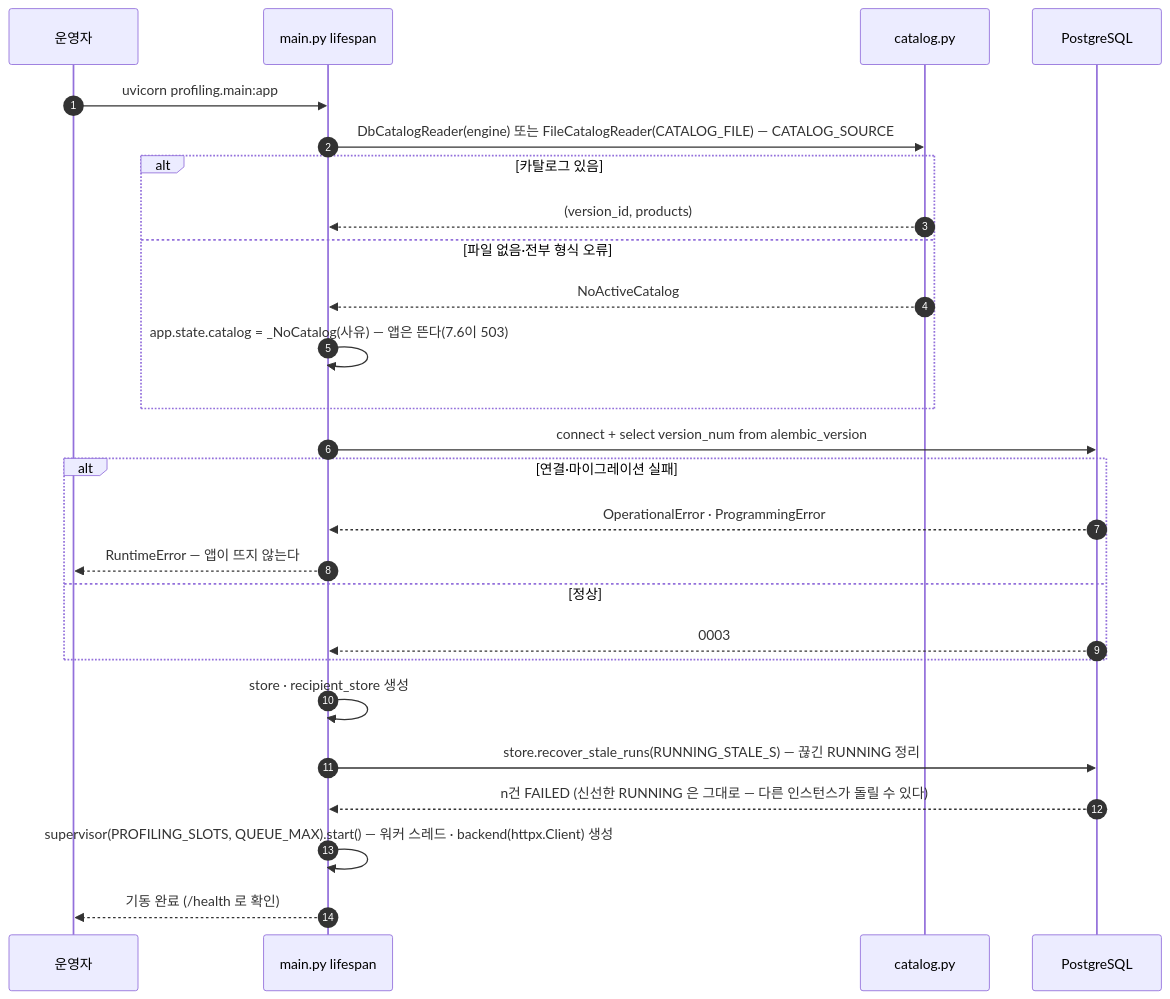
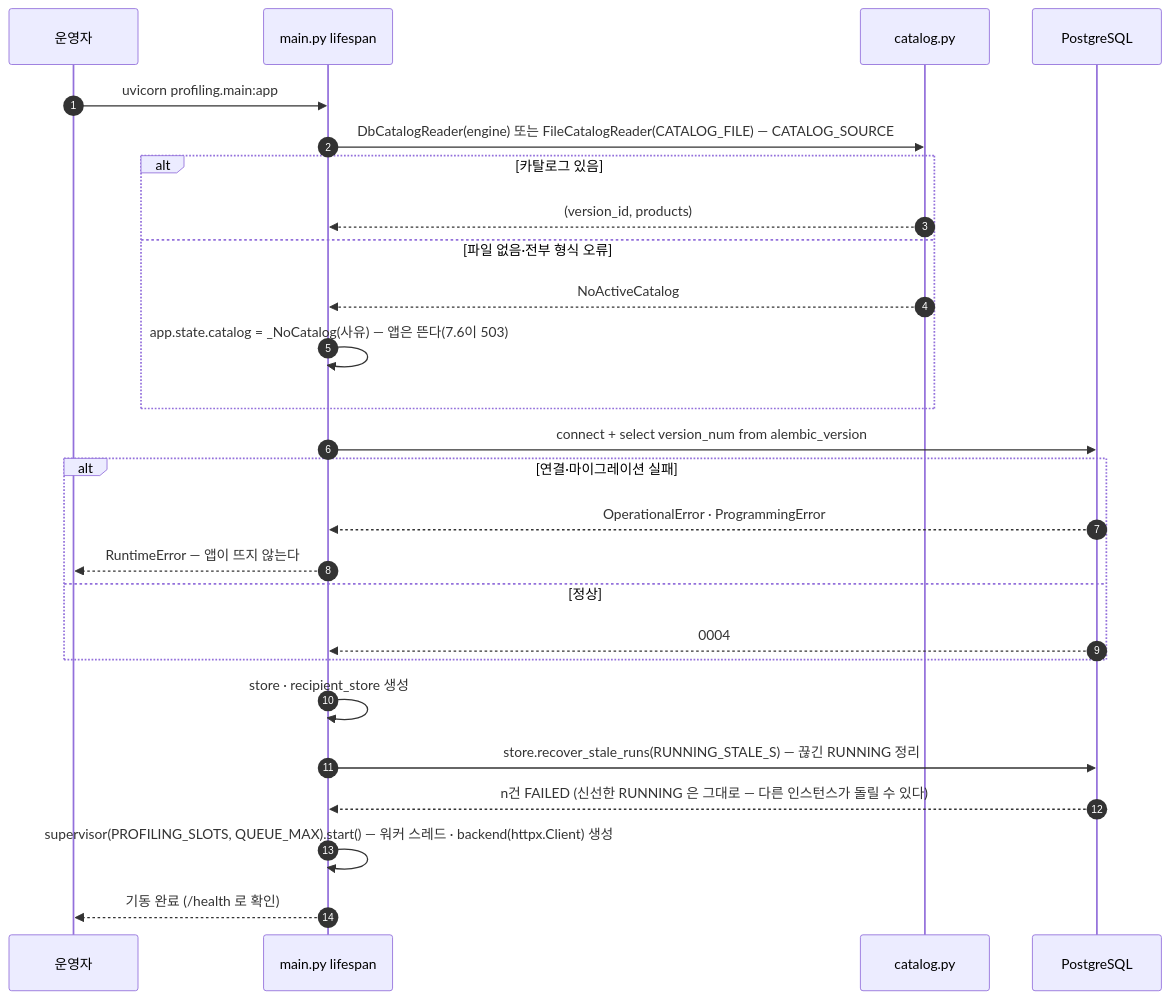
The first of 6 diagrams in profiling/docs/시퀀스_전체.md (100-hours-a-week/KTB4-12th-AI), drawn with Mermaid before and after one commit. The commit also changed other lines of this file and 12 other files, not shown here.

````diff
--- a/profiling/docs/시퀀스_전체.md
+++ b/profiling/docs/시퀀스_전체.md
@@ -41,28 +41,28 @@
 ```mermaid
 sequenceDiagram
   autonumber
   participant OP as 운영자
   participant APP as main.py lifespan
   participant CAT as catalog.py
   participant DB as PostgreSQL
   OP->>APP: uvicorn profiling.main:app
   APP->>CAT: DbCatalogReader(engine) 또는 FileCatalogReader(CATALOG_FILE) — CATALOG_SOURCE
   alt 카탈로그 있음
     CAT-->>APP: (version_id, products)
   else 파일 없음·전부 형식 오류
     CAT-->>APP: NoActiveCatalog
     APP->>APP: app.state.catalog = _NoCatalog(사유) — 앱은 뜬다(7.6이 503)
   end
   APP->>DB: connect + select version_num from alembic_version
   alt 연결·마이그레이션 실패
     DB-->>APP: OperationalError · ProgrammingError
     APP-->>OP: RuntimeError — 앱이 뜨지 않는다
   else 정상
-    DB-->>APP: 0003
+    DB-->>APP: 0004
   end
   APP->>APP: store · recipient_store 생성
   APP->>DB: store.recover_stale_runs(RUNNING_STALE_S) — 끊긴 RUNNING 정리
   DB-->>APP: n건 FAILED (신선한 RUNNING 은 그대로 — 다른 인스턴스가 돌릴 수 있다)
   APP->>APP: supervisor(PROFILING_SLOTS, QUEUE_MAX).start() — 워커 스레드 · backend(httpx.Client) 생성
   APP-->>OP: 기동 완료 (/health 로 확인)
 ```
````
